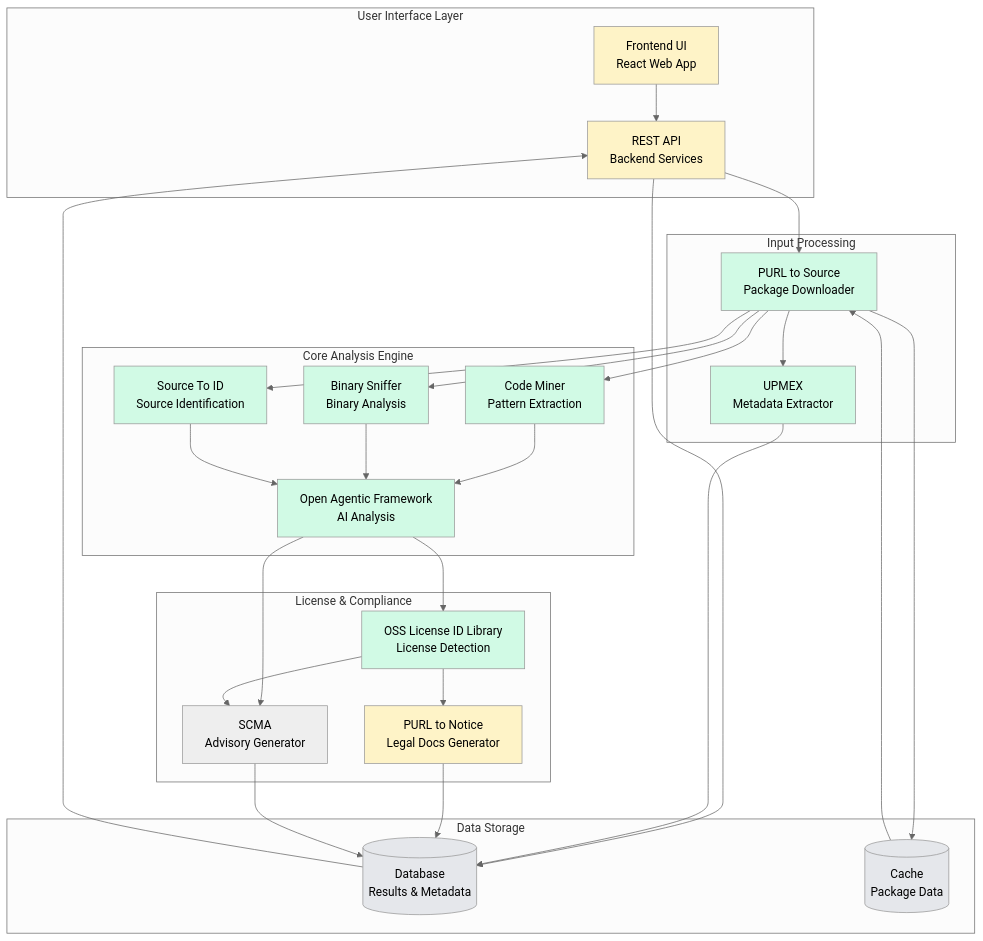
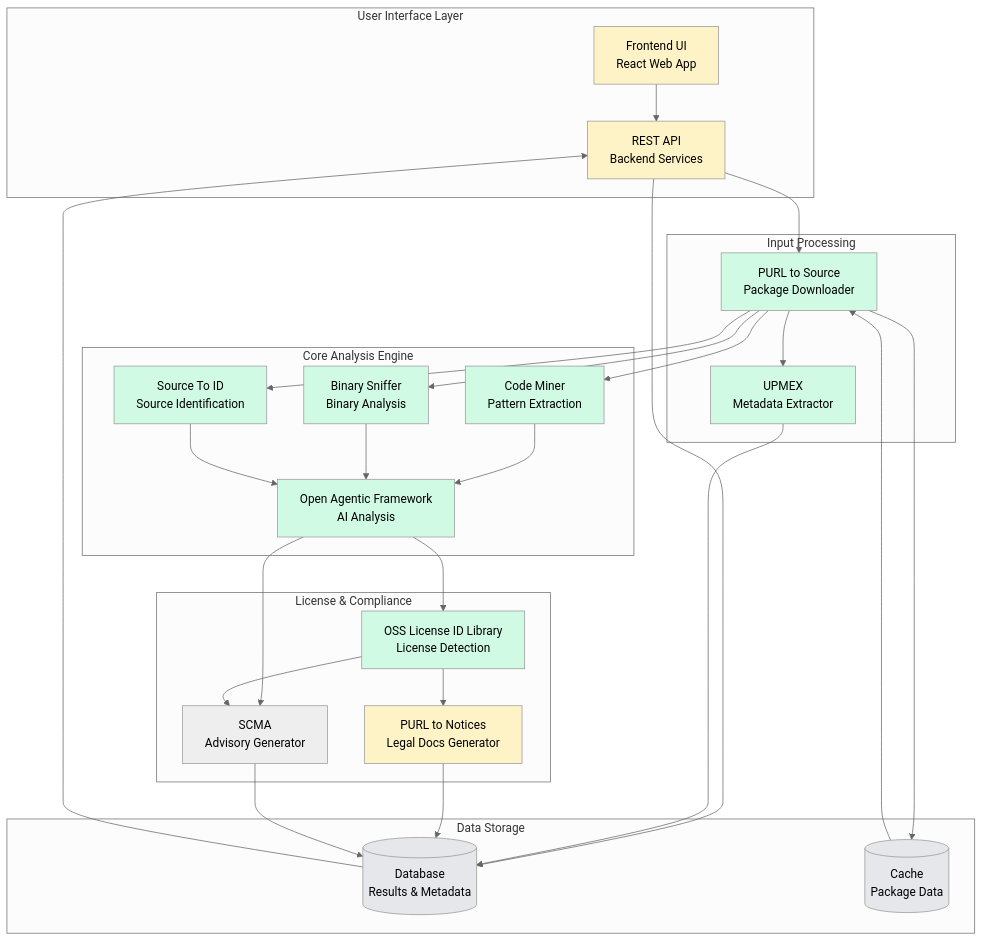
Before and after one commit to SemClone/semcl.one: the first of 4 diagrams in capability-map.md, drawn with Mermaid (neutral theme). The commit also changed other lines of this file and 4 other files, not shown here.

First line of the commit message:
Update PURL to Notices component references

````diff
--- a/capability-map.md
+++ b/capability-map.md
@@ -5,69 +5,69 @@
 ```mermaid
 graph TB
     subgraph "User Interface Layer"
         WEB[Frontend UI<br/>React Web App]
         API[REST API<br/>Backend Services]
     end
 
     subgraph "Input Processing"
         PURL[PURL to Source<br/>Package Downloader]
         UPMEX[UPMEX<br/>Metadata Extractor]
     end
 
     subgraph "Core Analysis Engine"
         MINER[Code Miner<br/>Pattern Extraction]
         BINARY[Binary Sniffer<br/>Binary Analysis]
         SRC2ID[Source To ID<br/>Source Identification]
         AGENT[Open Agentic Framework<br/>AI Analysis]
     end
 
     subgraph "License & Compliance"
         OSLILI[OSS License ID Library<br/>License Detection]
-        NOTICE[PURL to Notice<br/>Legal Docs Generator]
+        NOTICE[PURL to Notices<br/>Legal Docs Generator]
         SCMA[SCMA<br/>Advisory Generator]
     end
 
     subgraph "Data Storage"
         DB[(Database<br/>Results & Metadata)]
         CACHE[(Cache<br/>Package Data)]
     end
 
     WEB --> API
     API --> PURL
     API --> DB
     
     PURL --> CACHE
     PURL --> UPMEX
     PURL --> MINER
     PURL --> BINARY
     PURL --> SRC2ID
     
     UPMEX --> DB
     
     MINER --> AGENT
     BINARY --> AGENT
     SRC2ID --> AGENT
     
     AGENT --> OSLILI
     AGENT --> SCMA
     OSLILI --> NOTICE
     OSLILI --> SCMA
     
     NOTICE --> DB
     SCMA --> DB
     DB --> API
     CACHE --> PURL
 
     style WEB fill:#fef3c7
     style API fill:#fef3c7
     style PURL fill:#d1fae5
     style UPMEX fill:#d1fae5
     style MINER fill:#d1fae5
     style BINARY fill:#d1fae5
     style SRC2ID fill:#d1fae5
     style AGENT fill:#d1fae5
     style OSLILI fill:#d1fae5
     style NOTICE fill:#fef3c7
     style DB fill:#e5e7eb
     style CACHE fill:#e5e7eb
 ```
````
